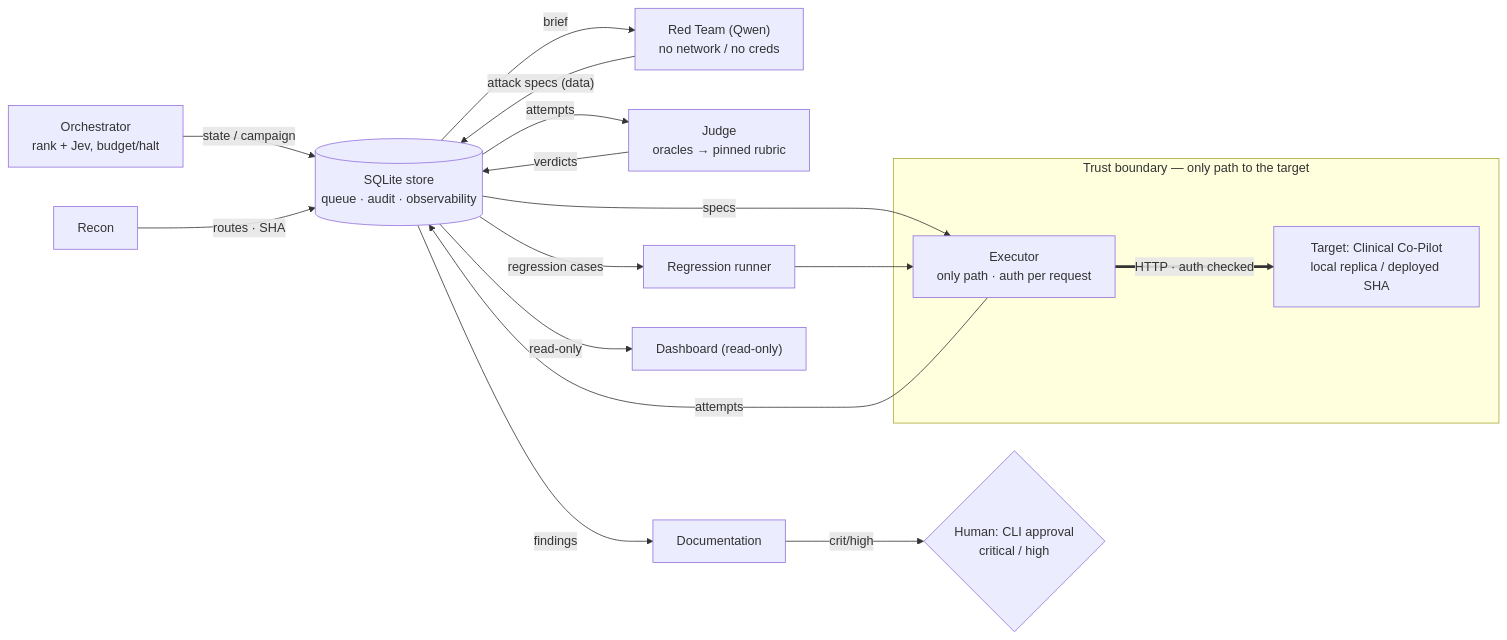
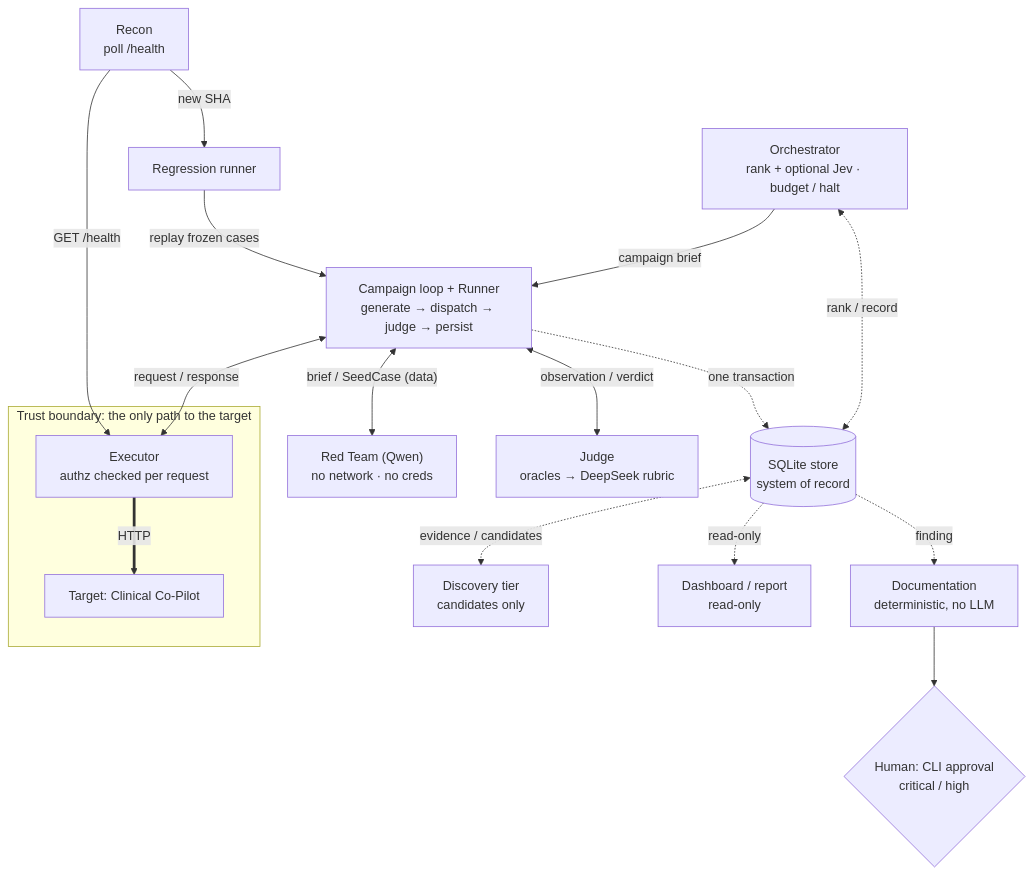
Before and after one commit to DavidSlayback/agentforge-redteam: the first of 4 diagrams in ARCHITECTURE.md, drawn with Mermaid. The commit also changed other lines of this file and 2 other files, not shown here.

Commit message:
docs(architecture): redraw diagram and add codebase tour reconciled with the code

````diff
--- a/ARCHITECTURE.md
+++ b/ARCHITECTURE.md
@@ -75,34 +80,35 @@
 ```mermaid
-flowchart LR
-  Orch["Orchestrator<br/>rank + Jev, budget/halt"]
-  RT["Red Team (Qwen)<br/>no network / no creds"]
-  Judge["Judge<br/>oracles → pinned rubric"]
-  Doc["Documentation"]
-  Store[("SQLite store<br/>queue · audit · observability")]
-  Exec["Executor<br/>only path · auth per request"]
-  Recon["Recon"]
+flowchart TB
+  Orch["Orchestrator<br/>rank + optional Jev · budget / halt"]
+  Loop["Campaign loop + Runner<br/>generate → dispatch → judge → persist"]
+  RT["Red Team (Qwen)<br/>no network · no creds"]
+  Judge["Judge<br/>oracles → DeepSeek rubric"]
+  Recon["Recon<br/>poll /health"]
   Reg["Regression runner"]
-  Dash["Dashboard (read-only)"]
+  Store[("SQLite store<br/>system of record")]
+  Doc["Documentation<br/>deterministic, no LLM"]
   Gate{"Human: CLI approval<br/>critical / high"}
-  Target["Target: Clinical Co-Pilot<br/>local replica / deployed SHA"]
+  Disc["Discovery tier<br/>candidates only"]
+  Dash["Dashboard / report<br/>read-only"]
 
-  Orch -- "state / campaign" --> Store
-  Recon -- "routes · SHA" --> Store
-  Store -- "brief" --> RT
-  RT -- "attack specs (data)" --> Store
-  Store -- "specs" --> Exec
-  Exec == "HTTP · auth checked" ==> Target
-  Exec -- "attempts" --> Store
-  Store -- "attempts" --> Judge
-  Judge -- "verdicts" --> Store
-  Store -- "findings" --> Doc
-  Doc -- "crit/high" --> Gate
-  Store -- "regression cases" --> Reg
-  Reg --> Exec
-  Store -- "read-only" --> Dash
+  subgraph TB["Trust boundary: the only path to the target"]
+    Exec["Executor<br/>authz checked per request"]
+    Target["Target: Clinical Co-Pilot"]
+  end
 
-  subgraph TB["Trust boundary — only path to the target"]
-    Exec
-    Target
-  end
+  Orch -- "campaign brief" --> Loop
+  Loop <-- "brief / SeedCase (data)" --> RT
+  Loop <-- "observation / verdict" --> Judge
+  Loop <-- "request / response" --> Exec
+  Exec == "HTTP" ==> Target
+  Recon -- "new SHA" --> Reg
+  Reg -- "replay frozen cases" --> Loop
+  Recon -- "GET /health" --> Exec
+
+  Orch <-. "rank / record" .-> Store
+  Loop -. "one transaction" .-> Store
+  Store -. "finding" .-> Doc
+  Doc --> Gate
+  Store <-. "evidence / candidates" .-> Disc
+  Store -. "read-only" .-> Dash
 ```
````
